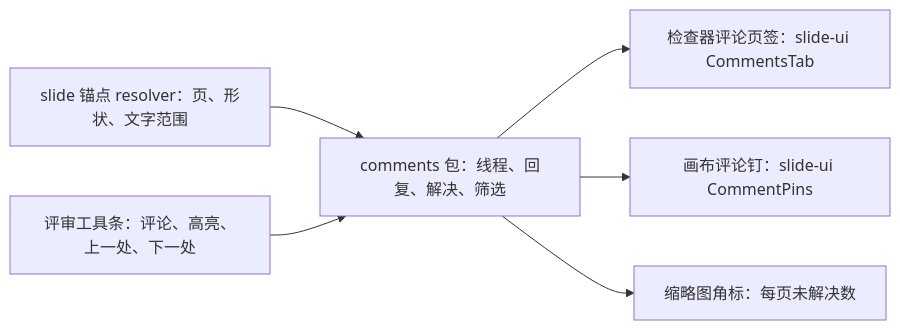
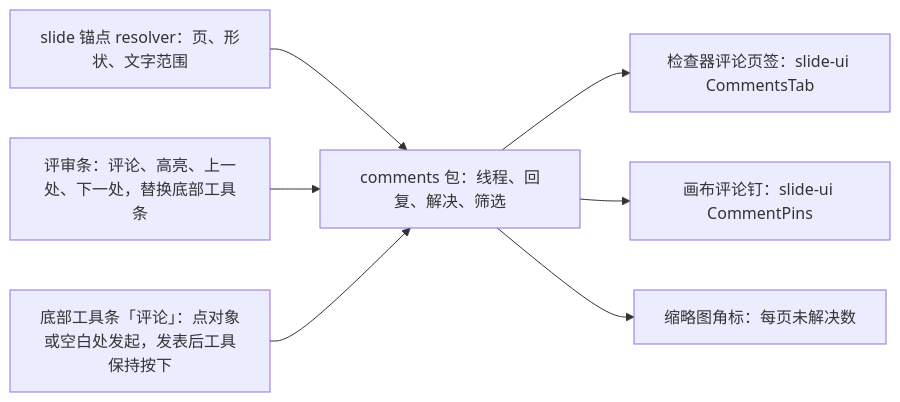
Before and after one commit to Xeonice/cordis-ppt-editor: diagram 24 of 35 in docs/50-frontend/18-editor-capabilities.md, drawn with Mermaid. The commit also changed other lines of this file and 25 other files, not shown here.

````diff
--- a/docs/50-frontend/18-editor-capabilities.md
+++ b/docs/50-frontend/18-editor-capabilities.md
@@ -1081,8 +1100,9 @@
 ```mermaid
 flowchart LR
   pkg["comments 包：线程、回复、解决、筛选"] --> tab["检查器评论页签：slide-ui CommentsTab"]
   pkg --> pins["画布评论钉：slide-ui CommentPins"]
   pkg --> rail["缩略图角标：每页未解决数"]
   resolver["slide 锚点 resolver：页、形状、文字范围"] --> pkg
-  review["评审工具条：评论、高亮、上一处、下一处"] --> pkg
+  review["评审条：评论、高亮、上一处、下一处，替换底部工具条"] --> pkg
+  tool["底部工具条「评论」：点对象或空白处发起，发表后工具保持按下"] --> pkg
 ```
````
